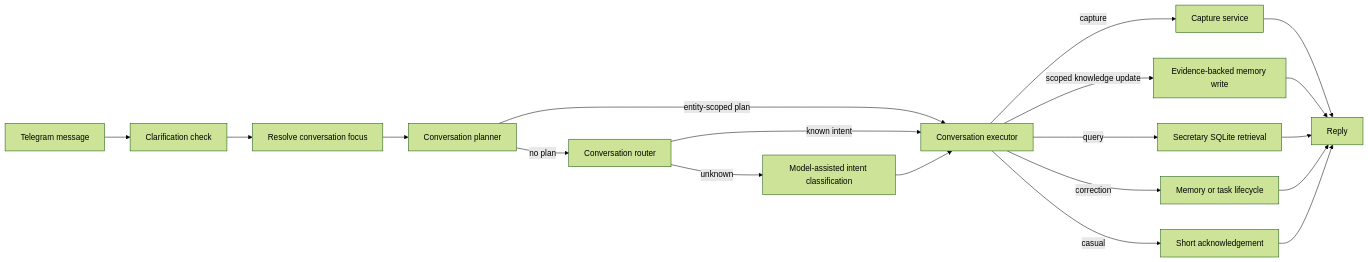
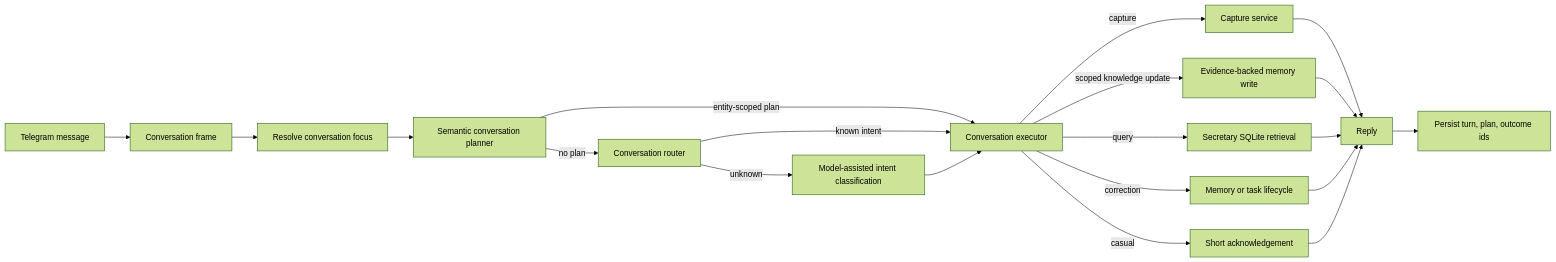
One commit to HuyVuCV1011/memocore-STE changed the second of 2 diagrams in docs/architecture.md. Above: the diagram before and after it, drawn with Mermaid (forest theme). The commit also changed other lines of this file and 68 other files, not shown here.

````diff
--- a/docs/architecture.md
+++ b/docs/architecture.md
@@ -39,21 +40,22 @@
 ```mermaid
 flowchart LR
-    A["Telegram message"] --> B["Clarification check"]
+    A["Telegram message"] --> B["Conversation frame"]
     B --> C["Resolve conversation focus"]
-    C --> D["Conversation planner"]
+    C --> D["Semantic conversation planner"]
     D -->|entity-scoped plan| F["Conversation executor"]
     D -->|no plan| E["Conversation router"]
     E -->|known intent| F
     E -->|unknown| M["Model-assisted intent classification"]
     M --> F
     F -->|capture| G["Capture service"]
     F -->|scoped knowledge update| H["Evidence-backed memory write"]
     F -->|query| I["Secretary SQLite retrieval"]
     F -->|correction| J["Memory or task lifecycle"]
     F -->|casual| K["Short acknowledgement"]
     G --> L["Reply"]
     H --> L
     I --> L
     J --> L
     K --> L
+    L --> N["Persist turn, plan, outcome ids"]
 ```
````
